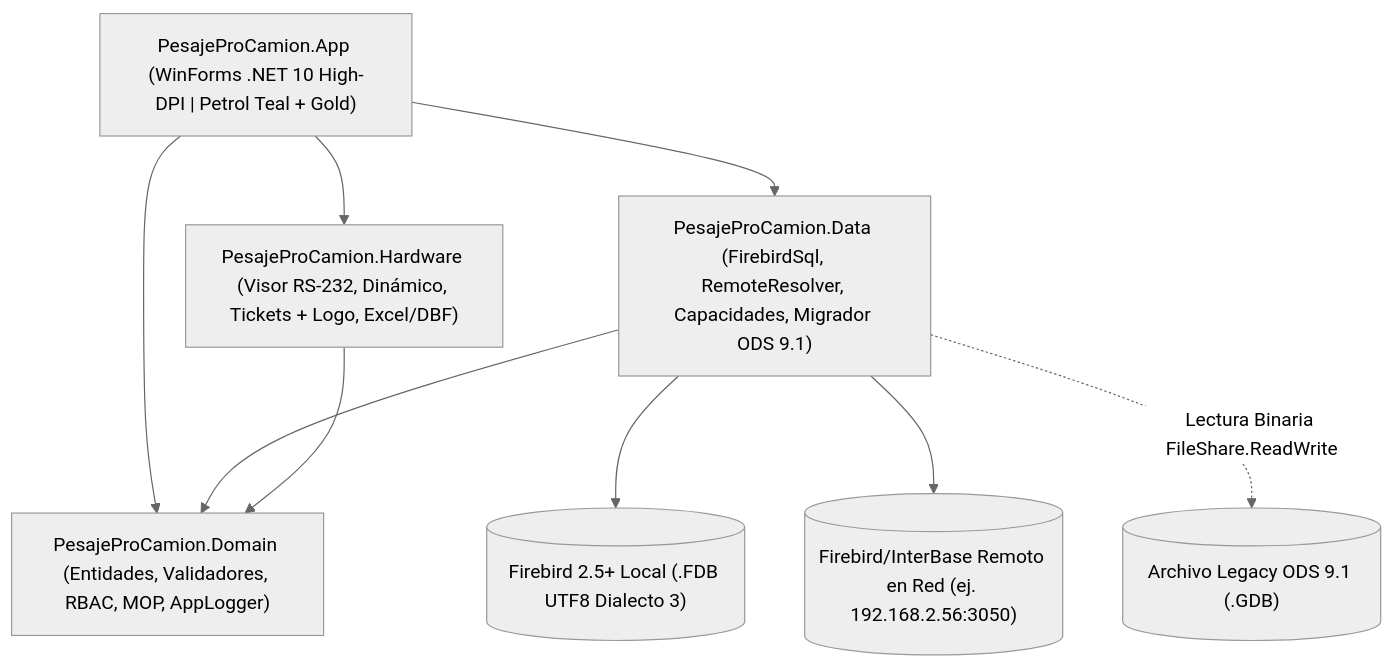
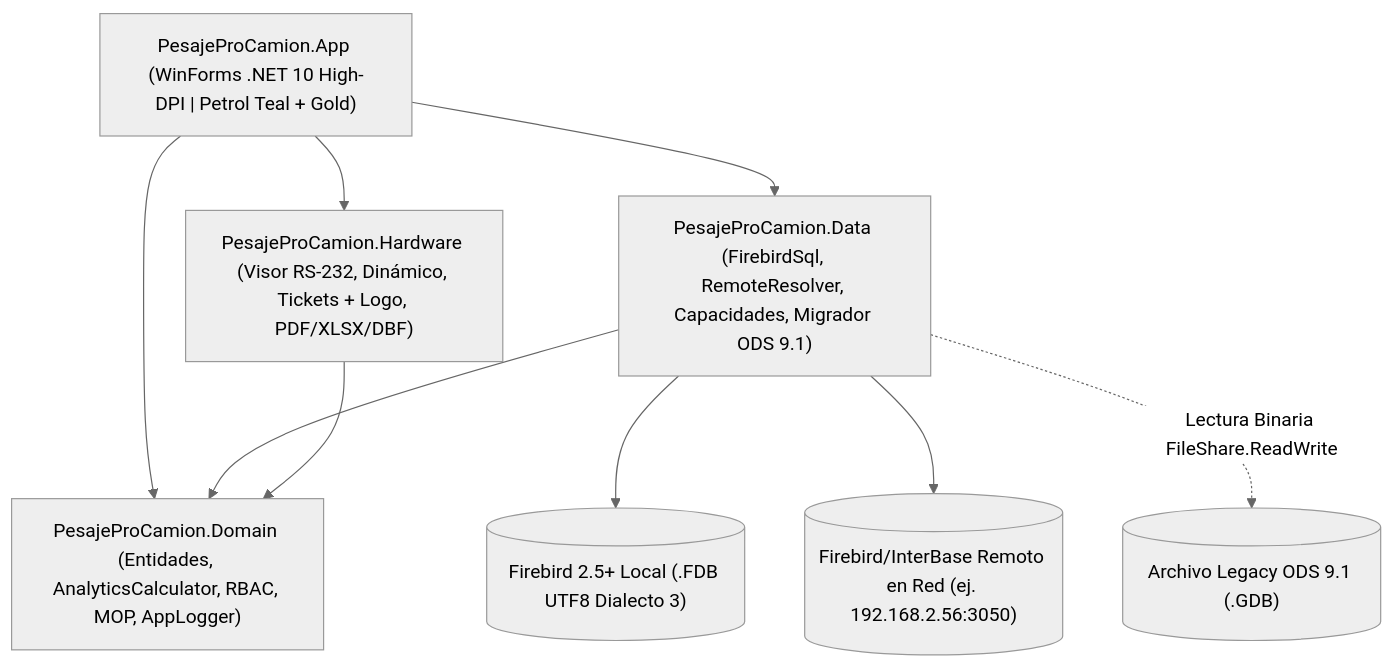
One commit to barriagada666-collab/PESAJEPROCAMION changed the diagram in docs/ARQUITECTURA.md. Above: the diagram before and after it, drawn with Mermaid (neutral theme). The commit also changed other lines of this file and 55 other files, not shown here.

Commit message:
feat(v2.1.0): usuarios RBAC completos, tickets CRUD/visor sin colision, menus clic derecho, BI KPI PDF/XLSX y UI responsiva

````diff
--- a/docs/ARQUITECTURA.md
+++ b/docs/ARQUITECTURA.md
@@ -5,19 +5,19 @@
 ```mermaid
 flowchart TD
     APP["PesajeProCamion.App (WinForms .NET 10 High-DPI | Petrol Teal + Gold)"]
-    DOMAIN["PesajeProCamion.Domain (Entidades, Validadores, RBAC, MOP, AppLogger)"]
+    DOMAIN["PesajeProCamion.Domain (Entidades, AnalyticsCalculator, RBAC, MOP, AppLogger)"]
     DATA["PesajeProCamion.Data (FirebirdSql, RemoteResolver, Capacidades, Migrador ODS 9.1)"]
-    HW["PesajeProCamion.Hardware (Visor RS-232, Dinámico, Tickets + Logo, Excel/DBF)"]
+    HW["PesajeProCamion.Hardware (Visor RS-232, Dinámico, Tickets + Logo, PDF/XLSX/DBF)"]
     FB_LOCAL[("Firebird 2.5+ Local (.FDB UTF8 Dialecto 3)")]
     FB_REMOTE[("Firebird/InterBase Remoto en Red (ej. 192.168.2.56:3050)")]
     LEGACY[("Archivo Legacy ODS 9.1 (.GDB)")]
 
     APP --> DOMAIN
     APP --> DATA
     APP --> HW
     DATA --> DOMAIN
     HW --> DOMAIN
     DATA --> FB_LOCAL
     DATA --> FB_REMOTE
     DATA -. "Lectura Binaria FileShare.ReadWrite" .-> LEGACY
 ```
````
